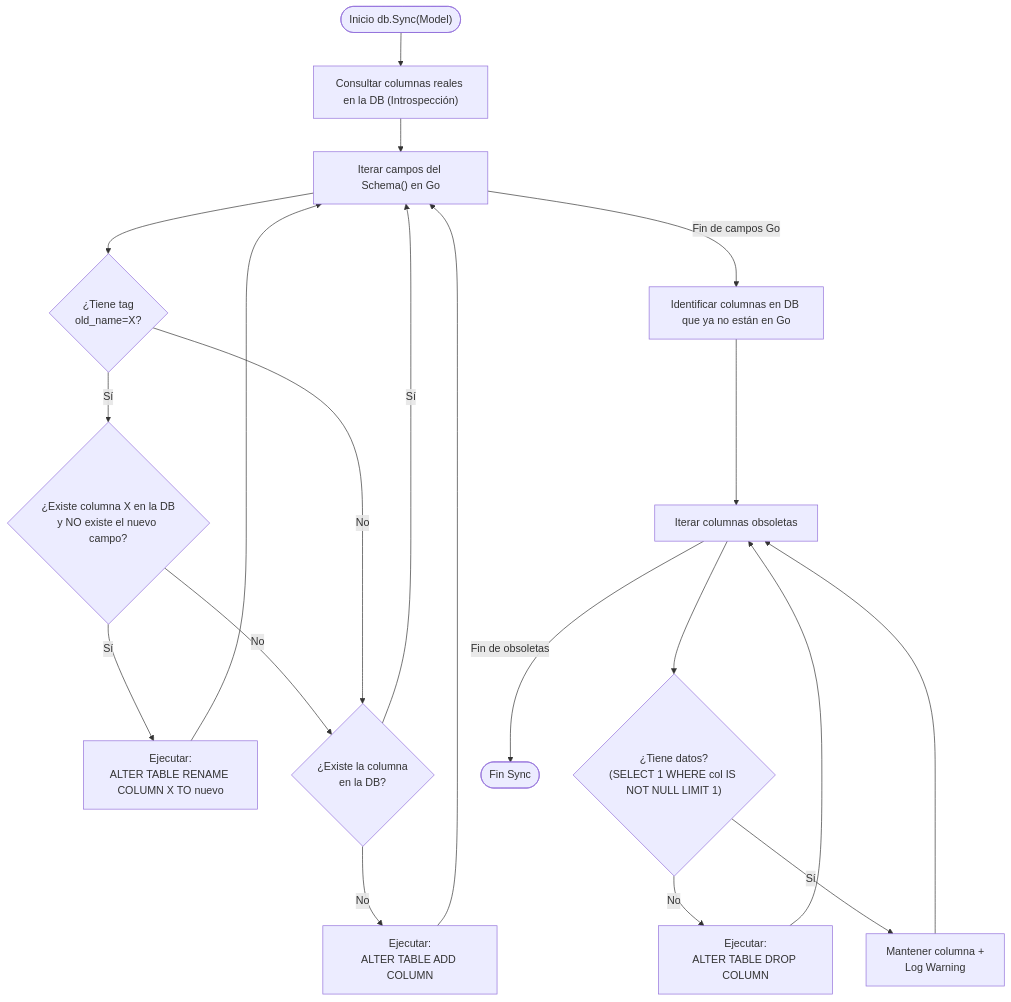
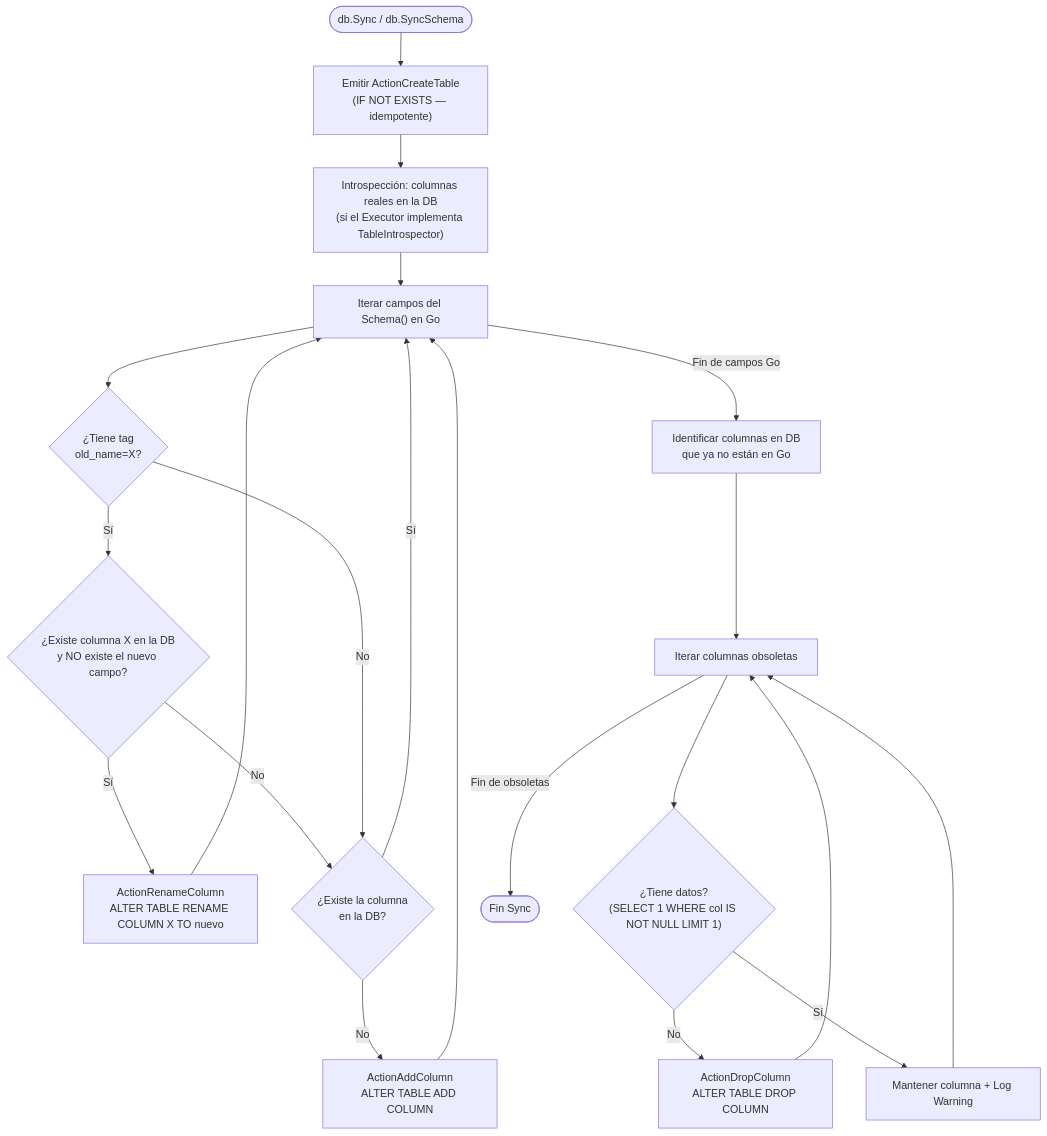
Before and after one commit to tinywasm/orm: the fourth of 4 diagrams in docs/diagrams/DB_SYNC.md, drawn with Mermaid. The commit also changed other lines of this file and 16 other files, not shown here.

````diff
--- a/docs/diagrams/DB_SYNC.md
+++ b/docs/diagrams/DB_SYNC.md
@@ -1,25 +70,24 @@
 ```mermaid
 flowchart TD
-    Start(["Inicio db.Sync(Model)"]) --> InspectDB["Consultar columnas reales en la DB (Introspección)"]
+    Start(["db.Sync / db.SyncSchema"]) --> Create["Emitir ActionCreateTable<br/>(IF NOT EXISTS — idempotente)"]
+    Create --> InspectDB["Introspección: columnas reales en la DB<br/>(si el Executor implementa TableIntrospector)"]
     InspectDB --> LoopFields["Iterar campos del Schema() en Go"]
 
-    %% --- Proceso de Campos en Go ---
     LoopFields --> HasRenameTag{"¿Tiene tag<br/>old_name=X?"}
-    HasRenameTag -- Sí --> CheckOldCol{"¿Existe columna X en la DB<br/>y NO existe el nuevo campo?"}
-    CheckOldCol -- Sí --> ExecRename["Ejecutar:<br/>ALTER TABLE RENAME COLUMN X TO nuevo"] --> LoopFields
-    CheckOldCol -- No --> AddOrSkip
-    HasRenameTag -- No --> AddOrSkip{"¿Existe la columna<br/>en la DB?"}
-    
-    AddOrSkip -- No --> ExecAdd["Ejecutar:<br/>ALTER TABLE ADD COLUMN"] --> LoopFields
-    AddOrSkip -- Sí --> LoopFields
+    HasRenameTag -- "Sí" --> CheckOldCol{"¿Existe columna X en la DB<br/>y NO existe el nuevo campo?"}
+    CheckOldCol -- "Sí" --> ExecRename["ActionRenameColumn<br/>ALTER TABLE RENAME COLUMN X TO nuevo"] --> LoopFields
+    CheckOldCol -- "No" --> AddOrSkip
+    HasRenameTag -- "No" --> AddOrSkip{"¿Existe la columna<br/>en la DB?"}
 
-    %% --- Proceso de Columnas Obsoletas (Borrados) ---
-    LoopFields -- "Fin de campos Go" --> FindObsoletes["Identificar columnas en DB que ya no están en Go"]
+    AddOrSkip -- "No" --> ExecAdd["ActionAddColumn<br/>ALTER TABLE ADD COLUMN"] --> LoopFields
+    AddOrSkip -- "Sí" --> LoopFields
+
+    LoopFields -- "Fin de campos Go" --> FindObsoletes["Identificar columnas en DB<br/>que ya no están en Go"]
     FindObsoletes --> LoopObsoletes["Iterar columnas obsoletas"]
-    
+
     LoopObsoletes --> CheckData{"¿Tiene datos?<br/>(SELECT 1 WHERE col IS NOT NULL LIMIT 1)"}
-    CheckData -- No --> ExecDrop["Ejecutar:<br/>ALTER TABLE DROP COLUMN"] --> LoopObsoletes
-    CheckData -- Sí --> KeepAndWarn["Mantener columna +<br/>Log Warning"] --> LoopObsoletes
-    
+    CheckData -- "No" --> ExecDrop["ActionDropColumn<br/>ALTER TABLE DROP COLUMN"] --> LoopObsoletes
+    CheckData -- "Sí" --> KeepAndWarn["Mantener columna + Log Warning"] --> LoopObsoletes
+
     LoopObsoletes -- "Fin de obsoletas" --> End(["Fin Sync"])
 ```
````
